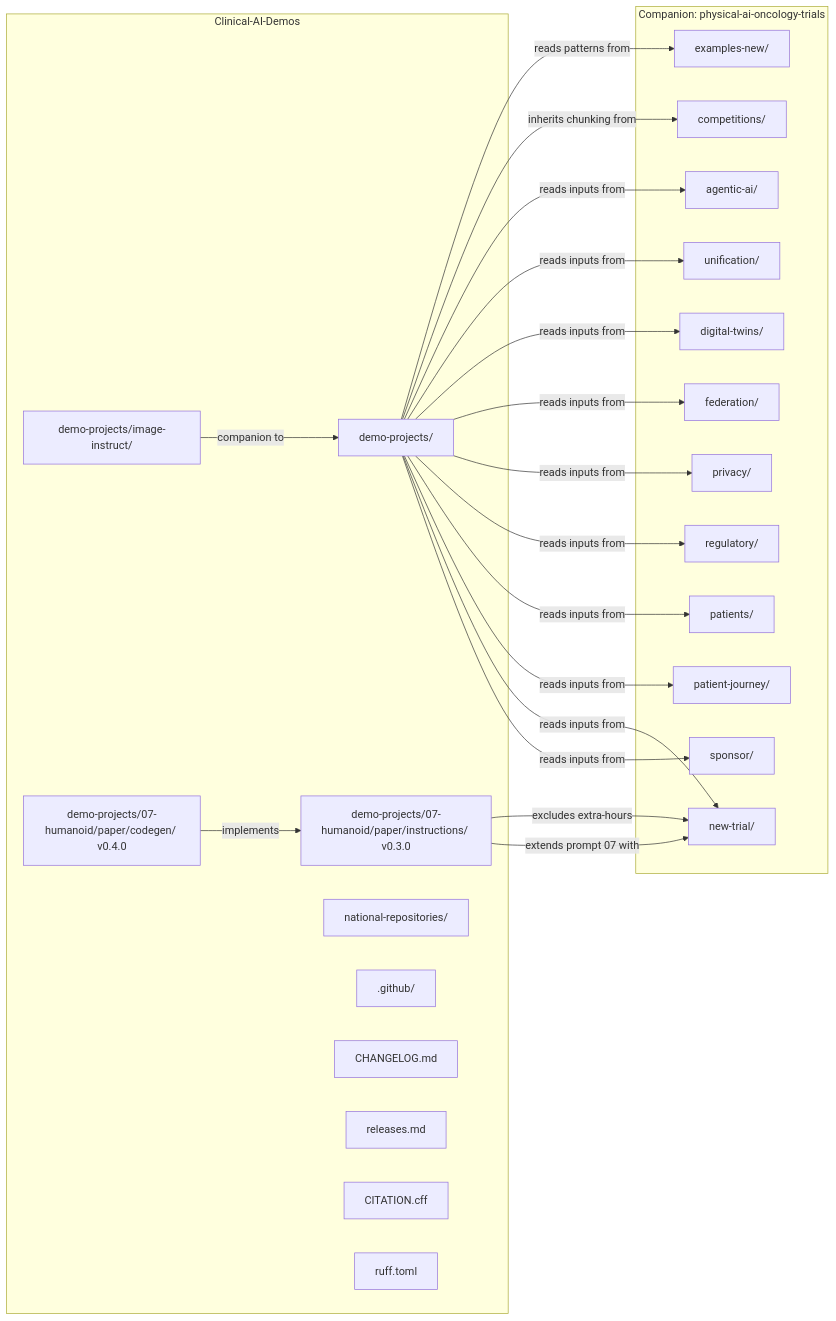
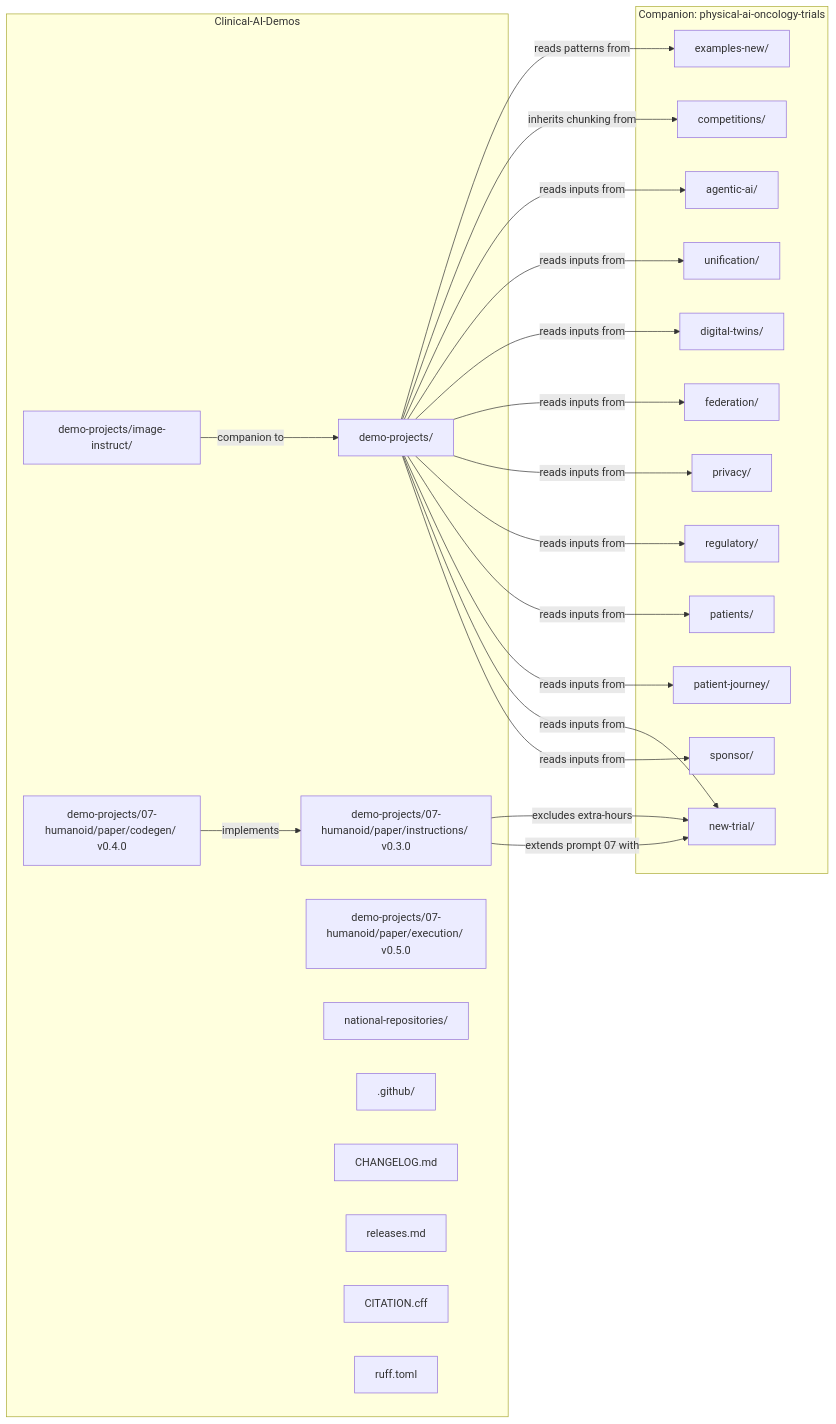
Before and after one commit to kevinkawchak/Clinical-AI-Demos: the first of 2 diagrams in README.md, drawn with Mermaid. The commit also changed other lines of this file and 4 other files, not shown here.

````diff
--- a/README.md
+++ b/README.md
@@ -181,47 +196,48 @@
 ```mermaid
 flowchart LR
   subgraph CAD[Clinical-AI-Demos]
     DP[demo-projects/]
     II[demo-projects/image-instruct/]
     SW[demo-projects/07-humanoid/paper/instructions/ v0.3.0]
     CG[demo-projects/07-humanoid/paper/codegen/ v0.4.0]
+    EX[demo-projects/07-humanoid/paper/execution/ v0.5.0]
     NR[national-repositories/]
     GH[.github/]
     CHG[CHANGELOG.md]
     REL[releases.md]
     CTN[CITATION.cff]
     RUF[ruff.toml]
   end
 
   subgraph CAP[Companion: physical-ai-oncology-trials]
     SPO[sponsor/]
     NTR[new-trial/]
     PJN[patient-journey/]
     PAT[patients/]
     REG[regulatory/]
     PRI[privacy/]
     FED[federation/]
     DTW[digital-twins/]
     UNI[unification/]
     AGI[agentic-ai/]
     COM[competitions/]
     EXM[examples-new/]
   end
 
   DP -->|reads inputs from| SPO
   DP -->|reads inputs from| NTR
   DP -->|reads inputs from| PJN
   DP -->|reads inputs from| PAT
   DP -->|reads inputs from| REG
   DP -->|reads inputs from| PRI
   DP -->|reads inputs from| FED
   DP -->|reads inputs from| DTW
   DP -->|reads inputs from| UNI
   DP -->|reads inputs from| AGI
   DP -->|inherits chunking from| COM
   DP -->|reads patterns from| EXM
   II -->|companion to| DP
   SW -->|extends prompt 07 with| NTR
   SW -->|excludes extra-hours| NTR
   CG -->|implements| SW
 ```
````
